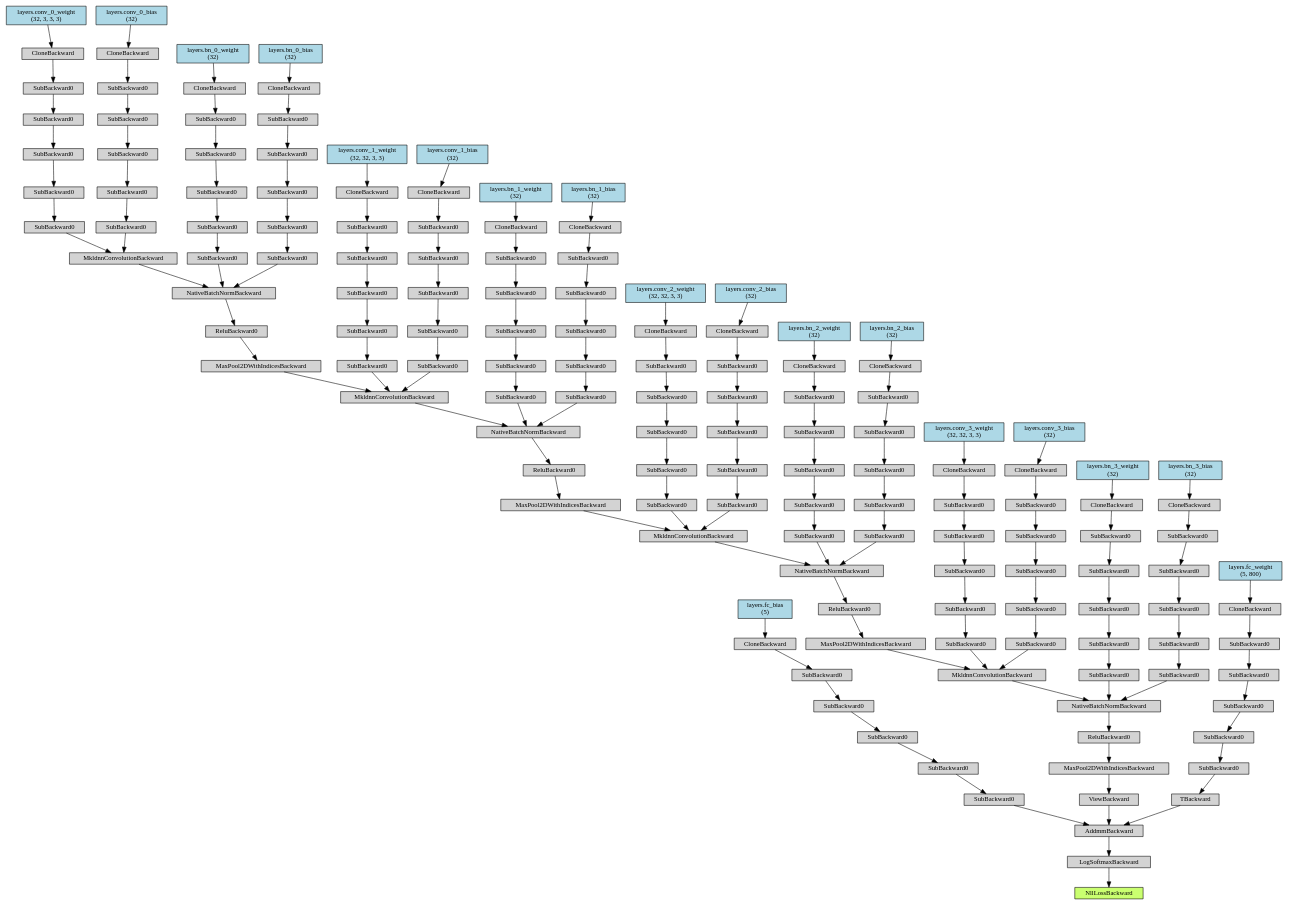
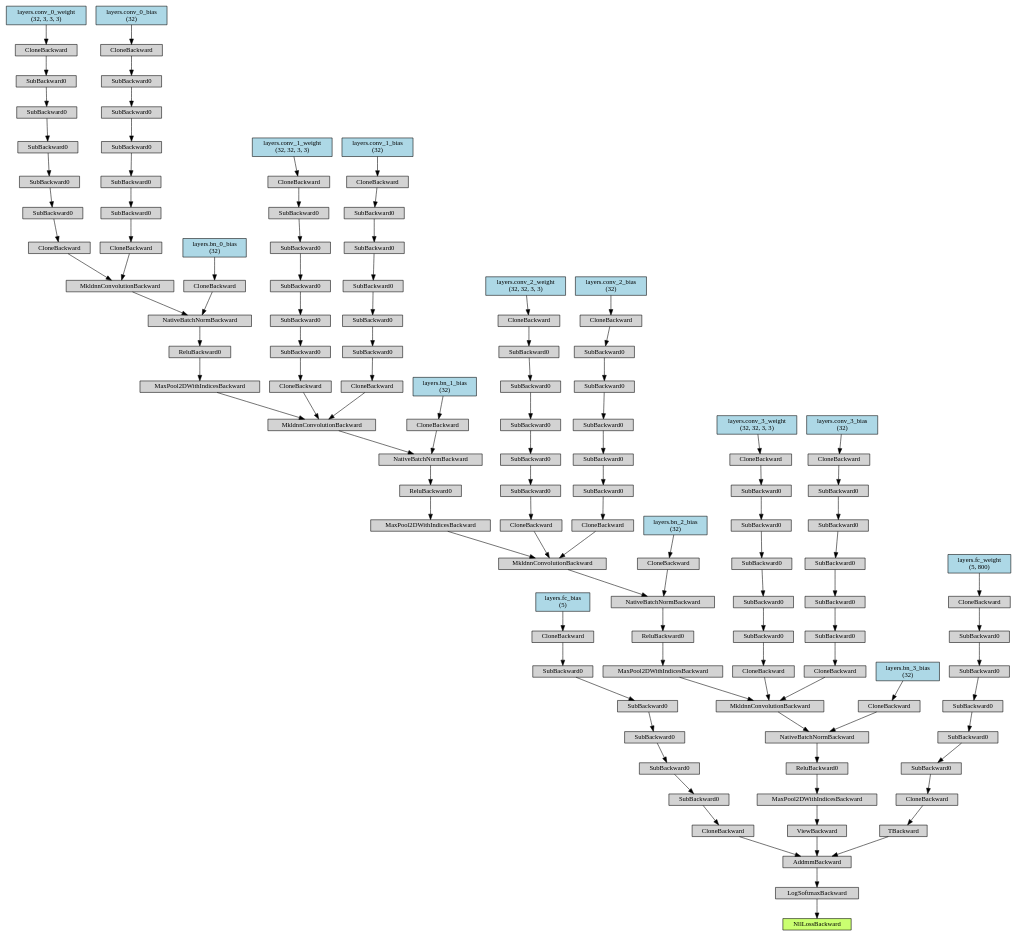
The diagram in cls-mimgnet/Digraph.gv (sungyubkim/maml-pytorch), drawn with Graphviz before and after one commit. The commit also changed 12 other files, not shown here.

```diff
--- a/cls-mimgnet/Digraph.gv
+++ b/cls-mimgnet/Digraph.gv
@@ -1,315 +1,235 @@
 digraph {
-	graph [size="43.949999999999996,43.949999999999996"]
+	graph [size="32.55,32.55"]
 	node [align=left fontsize=12 height=0.2 ranksep=0.1 shape=box style=filled]
-	4808438504 [label=NllLossBackward fillcolor=darkolivegreen1]
-	4811549776 -> 4808438504
-	4811549776 [label=LogSoftmaxBackward]
-	4811550616 -> 4811549776
-	4811550616 [label=AddmmBackward]
-	4811549832 -> 4811550616
-	4811549832 [label=SubBackward0]
-	4825029376 -> 4811549832
-	4825029376 [label=SubBackward0]
-	4825043576 -> 4825029376
-	4825043576 [label=SubBackward0]
-	4825043296 -> 4825043576
-	4825043296 [label=SubBackward0]
-	4825043352 -> 4825043296
-	4825043352 [label=SubBackward0]
-	4825096264 -> 4825043352
-	4825096264 [label=CloneBackward]
-	4825097552 -> 4825096264
-	4825097552 [label="layers.fc_bias
+	4917615248 [label=NllLossBackward fillcolor=darkolivegreen1]
+	4917615920 -> 4917615248
+	4917615920 [label=LogSoftmaxBackward]
+	4917612784 -> 4917615920
+	4917612784 [label=AddmmBackward]
+	4917615808 -> 4917612784
+	4917615808 [label=CloneBackward]
+	4930892800 -> 4917615808
+	4930892800 [label=SubBackward0]
+	4930893528 -> 4930892800
+	4930893528 [label=SubBackward0]
+	4930894368 -> 4930893528
+	4930894368 [label=SubBackward0]
+	4930894424 -> 4930894368
+	4930894424 [label=SubBackward0]
+	4499298120 -> 4930894424
+	4499298120 [label=SubBackward0]
+	4499299408 -> 4499298120
+	4499299408 [label=CloneBackward]
+	4499299520 -> 4499299408
+	4499299520 [label="layers.fc_bias
  (5)" fillcolor=lightblue]
-	4825027024 -> 4811550616
-	4825027024 [label=ViewBackward]
-	4825030104 -> 4825027024
-	4825030104 [label=MaxPool2DWithIndicesBackward]
-	4825043464 -> 4825030104
-	4825043464 [label=ReluBackward0]
-	4825096320 -> 4825043464
-	4825096320 [label=NativeBatchNormBackward]
-	4825097664 -> 4825096320
-	4825097664 [label=MkldnnConvolutionBackward]
-	4825097888 -> 4825097664
-	4825097888 [label=MaxPool2DWithIndicesBackward]
-	4825098112 -> 4825097888
-	4825098112 [label=ReluBackward0]
-	4825098224 -> 4825098112
-	4825098224 [label=NativeBatchNormBackward]
-	4825098336 -> 4825098224
-	4825098336 [label=MkldnnConvolutionBackward]
-	4825098560 -> 4825098336
-	4825098560 [label=MaxPool2DWithIndicesBackward]
-	4825098784 -> 4825098560
-	4825098784 [label=ReluBackward0]
-	4825098896 -> 4825098784
-	4825098896 [label=NativeBatchNormBackward]
-	4825099008 -> 4825098896
-	4825099008 [label=MkldnnConvolutionBackward]
-	4825099232 -> 4825099008
-	4825099232 [label=MaxPool2DWithIndicesBackward]
-	4825099456 -> 4825099232
-	4825099456 [label=ReluBackward0]
-	4825099624 -> 4825099456
-	4825099624 [label=NativeBatchNormBackward]
-	4825099792 -> 4825099624
-	4825099792 [label=MkldnnConvolutionBackward]
-	4825100016 -> 4825099792
-	4825100016 [label=SubBackward0]
-	4825100184 -> 4825100016
-	4825100184 [label=SubBackward0]
-	4393193544 -> 4825100184
-	4393193544 [label=SubBackward0]
-	4393193656 -> 4393193544
-	4393193656 [label=SubBackward0]
-	4393193768 -> 4393193656
-	4393193768 [label=SubBackward0]
-	4393193880 -> 4393193768
-	4393193880 [label=CloneBackward]
-	4393193992 -> 4393193880
-	4393193992 [label="layers.conv_0_weight
+	4930398360 -> 4917612784
+	4930398360 [label=ViewBackward]
+	4930894648 -> 4930398360
+	4930894648 [label=MaxPool2DWithIndicesBackward]
+	4930894536 -> 4930894648
+	4930894536 [label=ReluBackward0]
+	4499298176 -> 4930894536
+	4499298176 [label=NativeBatchNormBackward]
+	4499299576 -> 4499298176
+	4499299576 [label=MkldnnConvolutionBackward]
+	4499299744 -> 4499299576
+	4499299744 [label=MaxPool2DWithIndicesBackward]
+	4499299968 -> 4499299744
+	4499299968 [label=ReluBackward0]
+	4499300080 -> 4499299968
+	4499300080 [label=NativeBatchNormBackward]
+	4499300192 -> 4499300080
+	4499300192 [label=MkldnnConvolutionBackward]
+	4499316808 -> 4499300192
+	4499316808 [label=MaxPool2DWithIndicesBackward]
+	4499317032 -> 4499316808
+	4499317032 [label=ReluBackward0]
+	4499317144 -> 4499317032
+	4499317144 [label=NativeBatchNormBackward]
+	4499317256 -> 4499317144
+	4499317256 [label=MkldnnConvolutionBackward]
+	4499317424 -> 4499317256
+	4499317424 [label=MaxPool2DWithIndicesBackward]
+	4499317648 -> 4499317424
+	4499317648 [label=ReluBackward0]
+	4499317816 -> 4499317648
+	4499317816 [label=NativeBatchNormBackward]
+	4499317984 -> 4499317816
+	4499317984 [label=MkldnnConvolutionBackward]
+	4499318152 -> 4499317984
+	4499318152 [label=CloneBackward]
+	4499318320 -> 4499318152
+	4499318320 [label=SubBackward0]
+	4499318488 -> 4499318320
+	4499318488 [label=SubBackward0]
+	4499318600 -> 4499318488
+	4499318600 [label=SubBackward0]
+	4499318712 -> 4499318600
+	4499318712 [label=SubBackward0]
+	4499318824 -> 4499318712
+	4499318824 [label=SubBackward0]
+	4499318936 -> 4499318824
+	4499318936 [label=CloneBackward]
+	4499319048 -> 4499318936
+	4499319048 [label="layers.conv_0_weight
  (32, 3, 3, 3)" fillcolor=lightblue]
-	4825100072 -> 4825099792
-	4825100072 [label=SubBackward0]
-	4825100240 -> 4825100072
-	4825100240 [label=SubBackward0]
-	4393193712 -> 4825100240
-	4393193712 [label=SubBackward0]
-	4393193936 -> 4393193712
-	4393193936 [label=SubBackward0]
-	4393194216 -> 4393193936
-	4393194216 [label=SubBackward0]
-	4393194272 -> 4393194216
-	4393194272 [label=CloneBackward]
-	4393194384 -> 4393194272
-	4393194384 [label="layers.conv_0_bias
+	4499318208 -> 4499317984
+	4499318208 [label=CloneBackward]
+	4499318376 -> 4499318208
+	4499318376 [label=SubBackward0]
+	4499318656 -> 4499318376
+	4499318656 [label=SubBackward0]
+	4499318880 -> 4499318656
+	4499318880 [label=SubBackward0]
+	4499319104 -> 4499318880
+	4499319104 [label=SubBackward0]
+	4499319216 -> 4499319104
+	4499319216 [label=SubBackward0]
+	4499319384 -> 4499319216
+	4499319384 [label=CloneBackward]
+	4499319496 -> 4499319384
+	4499319496 [label="layers.conv_0_bias
  (32)" fillcolor=lightblue]
-	4825099848 -> 4825099624
-	4825099848 [label=SubBackward0]
-	4825100128 -> 4825099848
-	4825100128 [label=SubBackward0]
-	4393193824 -> 4825100128
-	4393193824 [label=SubBackward0]
-	4393194160 -> 4393193824
-	4393194160 [label=SubBackward0]
-	4393194440 -> 4393194160
-	4393194440 [label=SubBackward0]
-	4393194552 -> 4393194440
-	4393194552 [label=CloneBackward]
-	4393194664 -> 4393194552
-	4393194664 [label="layers.bn_0_weight
+	4499318040 -> 4499317816
+	4499318040 [label=CloneBackward]
+	4499318264 -> 4499318040
+	4499318264 [label="layers.bn_0_bias
  (32)" fillcolor=lightblue]
-	4825099904 -> 4825099624
-	4825099904 [label=SubBackward0]
-	4393193600 -> 4825099904
-	4393193600 [label=SubBackward0]
-	4393194328 -> 4393193600
-	4393194328 [label=SubBackward0]
-	4393194608 -> 4393194328
-	4393194608 [label=SubBackward0]
-	4393194776 -> 4393194608
-	4393194776 [label=SubBackward0]
-	4393194888 -> 4393194776
-	4393194888 [label=CloneBackward]
-	4393195000 -> 4393194888
-	4393195000 [label="layers.bn_0_bias
+	4499317480 -> 4499317256
+	4499317480 [label=CloneBackward]
+	4499317704 -> 4499317480
+	4499317704 [label=SubBackward0]
+	4499318096 -> 4499317704
+	4499318096 [label=SubBackward0]
+	4499318768 -> 4499318096
+	4499318768 [label=SubBackward0]
+	4499319272 -> 4499318768
+	4499319272 [label=SubBackward0]
+	4499319440 -> 4499319272
+	4499319440 [label=SubBackward0]
+	4499319608 -> 4499319440
+	4499319608 [label=CloneBackward]
+	4499319720 -> 4499319608
+	4499319720 [label="layers.conv_1_weight
+ (32, 32, 3, 3)" fillcolor=lightblue]
+	4499317536 -> 4499317256
+	4499317536 [label=CloneBackward]
+	4499317872 -> 4499317536
+	4499317872 [label=SubBackward0]
+	4499318992 -> 4499317872
+	4499318992 [label=SubBackward0]
+	4499319552 -> 4499318992
+	4499319552 [label=SubBackward0]
+	4499319776 -> 4499319552
+	4499319776 [label=SubBackward0]
+	4499319944 -> 4499319776
+	4499319944 [label=SubBackward0]
+	4499320000 -> 4499319944
+	4499320000 [label=CloneBackward]
+	4499320112 -> 4499320000
+	4499320112 [label="layers.conv_1_bias
  (32)" fillcolor=lightblue]
-	4825099288 -> 4825099008
-	4825099288 [label=SubBackward0]
-	4825099512 -> 4825099288
-	4825099512 [label=SubBackward0]
-	4825099960 -> 4825099512
-	4825099960 [label=SubBackward0]
-	4393194496 -> 4825099960
-	4393194496 [label=SubBackward0]
-	4393194832 -> 4393194496
-	4393194832 [label=SubBackward0]
-	4393195056 -> 4393194832
-	4393195056 [label=CloneBackward]
-	4393195168 -> 4393195056
-	4393195168 [label="layers.conv_1_weight
+	4499317312 -> 4499317144
+	4499317312 [label=CloneBackward]
+	4499317592 -> 4499317312
+	4499317592 [label="layers.bn_1_bias
+ (32)" fillcolor=lightblue]
+	4499316864 -> 4499300192
+	4499316864 [label=CloneBackward]
+	4499317088 -> 4499316864
+	4499317088 [label=SubBackward0]
+	4499317368 -> 4499317088
+	4499317368 [label=SubBackward0]
+	4499319328 -> 4499317368
+	4499319328 [label=SubBackward0]
+	4499319888 -> 4499319328
+	4499319888 [label=SubBackward0]
+	4499320056 -> 4499319888
+	4499320056 [label=SubBackward0]
+	4499320224 -> 4499320056
+	4499320224 [label=CloneBackward]
+	4499320336 -> 4499320224
+	4499320336 [label="layers.conv_2_weight
  (32, 32, 3, 3)" fillcolor=lightblue]
-	4825099344 -> 4825099008
-	4825099344 [label=SubBackward0]
-	4825099680 -> 4825099344
-	4825099680 [label=SubBackward0]
-	4393194720 -> 4825099680
-	4393194720 [label=SubBackward0]
-	4393195112 -> 4393194720
-	4393195112 [label=SubBackward0]
-	4393195336 -> 4393195112
-	4393195336 [label=SubBackward0]
-	4393195280 -> 4393195336
-	4393195280 [label=CloneBackward]
-	4393195504 -> 4393195280
-	4393195504 [label="layers.conv_1_bias
+	4499316920 -> 4499300192
+	4499316920 [label=CloneBackward]
+	4499317200 -> 4499316920
+	4499317200 [label=SubBackward0]
+	4499319664 -> 4499317200
+	4499319664 [label=SubBackward0]
+	4499320168 -> 4499319664
+	4499320168 [label=SubBackward0]
+	4499320392 -> 4499320168
+	4499320392 [label=SubBackward0]
+	4499320560 -> 4499320392
+	4499320560 [label=SubBackward0]
+	4499320616 -> 4499320560
+	4499320616 [label=CloneBackward]
+	4499320728 -> 4499320616
+	4499320728 [label="layers.conv_2_bias
  (32)" fillcolor=lightblue]
-	4825099064 -> 4825098896
-	4825099064 [label=SubBackward0]
-	4825099400 -> 4825099064
-	4825099400 [label=SubBackward0]
-	4393194944 -> 4825099400
-	4393194944 [label=SubBackward0]
-	4393195392 -> 4393194944
-	4393195392 [label=SubBackward0]
-	4393195560 -> 4393195392
-	4393195560 [label=SubBackward0]
-	4393195672 -> 4393195560
-	4393195672 [label=CloneBackward]
-	4393195784 -> 4393195672
-	4393195784 [label="layers.bn_1_weight
+	4499300248 -> 4499300080
+	4499300248 [label=CloneBackward]
+	4499316976 -> 4499300248
+	4499316976 [label="layers.bn_2_bias
  (32)" fillcolor=lightblue]
-	4825099120 -> 4825098896
-	4825099120 [label=SubBackward0]
-	4393194048 -> 4825099120
-	4393194048 [label=SubBackward0]
-	4393195448 -> 4393194048
-	4393195448 [label=SubBackward0]
-	4393195728 -> 4393195448
-	4393195728 [label=SubBackward0]
-	4393195896 -> 4393195728
-	4393195896 [label=SubBackward0]
-	4393196008 -> 4393195896
-	4393196008 [label=CloneBackward]
-	4393196120 -> 4393196008
-	4393196120 [label="layers.bn_1_bias
+	4499299800 -> 4499299576
+	4499299800 [label=CloneBackward]
+	4499300024 -> 4499299800
+	4499300024 [label=SubBackward0]
+	4499300304 -> 4499300024
+	4499300304 [label=SubBackward0]
+	4499319832 -> 4499300304
+	4499319832 [label=SubBackward0]
+	4499320504 -> 4499319832
+	4499320504 [label=SubBackward0]
+	4499320672 -> 4499320504
+	4499320672 [label=SubBackward0]
+	4499325000 -> 4499320672
+	4499325000 [label=CloneBackward]
+	4499325112 -> 4499325000
+	4499325112 [label="layers.conv_3_weight
+ (32, 32, 3, 3)" fillcolor=lightblue]
+	4499299856 -> 4499299576
+	4499299856 [label=CloneBackward]
+	4499300136 -> 4499299856
+	4499300136 [label=SubBackward0]
+	4499320280 -> 4499300136
+	4499320280 [label=SubBackward0]
+	4499320784 -> 4499320280
+	4499320784 [label=SubBackward0]
+	4499325168 -> 4499320784
+	4499325168 [label=SubBackward0]
+	4499325336 -> 4499325168
+	4499325336 [label=SubBackward0]
+	4499325392 -> 4499325336
+	4499325392 [label=CloneBackward]
+	4499325504 -> 4499325392
+	4499325504 [label="layers.conv_3_bias
  (32)" fillcolor=lightblue]
-	4825098616 -> 4825098336
-	4825098616 [label=SubBackward0]
-	4825098840 -> 4825098616
-	4825098840 [label=SubBackward0]
-	4825099176 -> 4825098840
-	4825099176 [label=SubBackward0]
-	4393195616 -> 4825099176
-	4393195616 [label=SubBackward0]
-	4393195952 -> 4393195616
-	4393195952 [label=SubBackward0]
-	4393196176 -> 4393195952
-	4393196176 [label=CloneBackward]
-	4393196288 -> 4393196176
-	4393196288 [label="layers.conv_2_weight
- (32, 32, 3, 3)" fillcolor=lightblue]
-	4825098672 -> 4825098336
-	4825098672 [label=SubBackward0]
-	4825098952 -> 4825098672
-	4825098952 [label=SubBackward0]
-	4393195840 -> 4825098952
-	4393195840 [label=SubBackward0]
-	4393196232 -> 4393195840
-	4393196232 [label=SubBackward0]
-	4393196456 -> 4393196232
-	4393196456 [label=SubBackward0]
-	4393196400 -> 4393196456
-	4393196400 [label=CloneBackward]
-	4393196624 -> 4393196400
-	4393196624 [label="layers.conv_2_bias
+	4499299632 -> 4499298176
+	4499299632 [label=CloneBackward]
+	4499299912 -> 4499299632
+	4499299912 [label="layers.bn_3_bias
  (32)" fillcolor=lightblue]
-	4825098392 -> 4825098224
-	4825098392 [label=SubBackward0]
-	4825098728 -> 4825098392
-	4825098728 [label=SubBackward0]
-	4393196064 -> 4825098728
-	4393196064 [label=SubBackward0]
-	4393196512 -> 4393196064
-	4393196512 [label=SubBackward0]
-	4393196680 -> 4393196512
-	4393196680 [label=SubBackward0]
-	4393196792 -> 4393196680
-	4393196792 [label=CloneBackward]
-	4393196904 -> 4393196792
-	4393196904 [label="layers.bn_2_weight
- (32)" fillcolor=lightblue]
-	4825098448 -> 4825098224
-	4825098448 [label=SubBackward0]
-	4393195224 -> 4825098448
-	4393195224 [label=SubBackward0]
-	4393196568 -> 4393195224
-	4393196568 [label=SubBackward0]
-	4393196848 -> 4393196568
-	4393196848 [label=SubBackward0]
-	4393197016 -> 4393196848
-	4393197016 [label=SubBackward0]
-	4393197128 -> 4393197016
-	4393197128 [label=CloneBackward]
-	4393197240 -> 4393197128
-	4393197240 [label="layers.bn_2_bias
- (32)" fillcolor=lightblue]
-	4825097944 -> 4825097664
-	4825097944 [label=SubBackward0]
-	4825098168 -> 4825097944
-	4825098168 [label=SubBackward0]
-	4825098504 -> 4825098168
-	4825098504 [label=SubBackward0]
-	4393196736 -> 4825098504
-	4393196736 [label=SubBackward0]
-	4393197072 -> 4393196736
-	4393197072 [label=SubBackward0]
-	4393197296 -> 4393197072
-	4393197296 [label=CloneBackward]
-	4393197408 -> 4393197296
-	4393197408 [label="layers.conv_3_weight
- (32, 32, 3, 3)" fillcolor=lightblue]
-	4825098000 -> 4825097664
-	4825098000 [label=SubBackward0]
-	4825098280 -> 4825098000
-	4825098280 [label=SubBackward0]
-	4393196960 -> 4825098280
-	4393196960 [label=SubBackward0]
-	4393197352 -> 4393196960
-	4393197352 [label=SubBackward0]
-	4393197520 -> 4393197352
-	4393197520 [label=SubBackward0]
-	4393218176 -> 4393197520
-	4393218176 [label=CloneBackward]
-	4393218288 -> 4393218176
-	4393218288 [label="layers.conv_3_bias
- (32)" fillcolor=lightblue]
-	4825097720 -> 4825096320
-	4825097720 [label=SubBackward0]
-	4825098056 -> 4825097720
-	4825098056 [label=SubBackward0]
-	4393197184 -> 4825098056
-	4393197184 [label=SubBackward0]
-	4393218120 -> 4393197184
-	4393218120 [label=SubBackward0]
-	4393218344 -> 4393218120
-	4393218344 [label=SubBackward0]
-	4393218456 -> 4393218344
-	4393218456 [label=CloneBackward]
-	4393218568 -> 4393218456
-	4393218568 [label="layers.bn_3_weight
- (32)" fillcolor=lightblue]
-	4825097776 -> 4825096320
-	4825097776 [label=SubBackward0]
-	4393196344 -> 4825097776
-	4393196344 [label=SubBackward0]
-	4393218232 -> 4393196344
-	4393218232 [label=SubBackward0]
-	4393218512 -> 4393218232
-	4393218512 [label=SubBackward0]
-	4393218680 -> 4393218512
-	4393218680 [label=SubBackward0]
-	4393218792 -> 4393218680
-	4393218792 [label=CloneBackward]
-	4393218904 -> 4393218792
-	4393218904 [label="layers.bn_3_bias
- (32)" fillcolor=lightblue]
-	4825029264 -> 4811550616
-	4825029264 [label=TBackward]
-	4825043240 -> 4825029264
-	4825043240 [label=SubBackward0]
-	4825097608 -> 4825043240
-	4825097608 [label=SubBackward0]
-	4393197464 -> 4825097608
-	4393197464 [label=SubBackward0]
-	4393218624 -> 4393197464
-	4393218624 [label=SubBackward0]
-	4393218848 -> 4393218624
-	4393218848 [label=SubBackward0]
-	4393219016 -> 4393218848
-	4393219016 [label=CloneBackward]
-	4393219128 -> 4393219016
-	4393219128 [label="layers.fc_weight
+	4930892688 -> 4917612784
+	4930892688 [label=TBackward]
+	4930894312 -> 4930892688
+	4930894312 [label=CloneBackward]
+	4499299464 -> 4930894312
+	4499299464 [label=SubBackward0]
+	4499318544 -> 4499299464
+	4499318544 [label=SubBackward0]
+	4499325056 -> 4499318544
+	4499325056 [label=SubBackward0]
+	4499325224 -> 4499325056
+	4499325224 [label=SubBackward0]
+	4499325560 -> 4499325224
+	4499325560 [label=SubBackward0]
+	4499325672 -> 4499325560
+	4499325672 [label=CloneBackward]
+	4499325784 -> 4499325672
+	4499325784 [label="layers.fc_weight
  (5, 800)" fillcolor=lightblue]
 }
```
